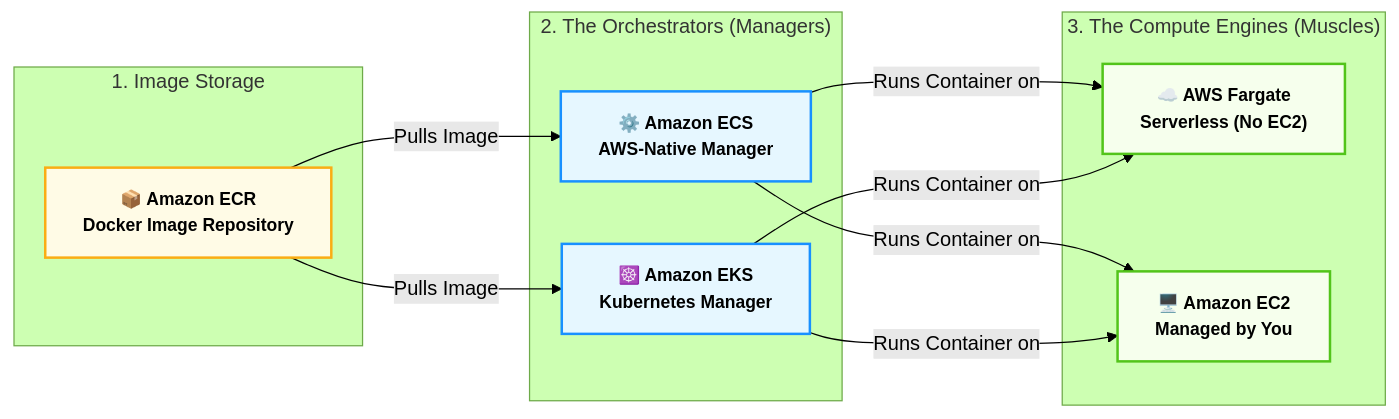
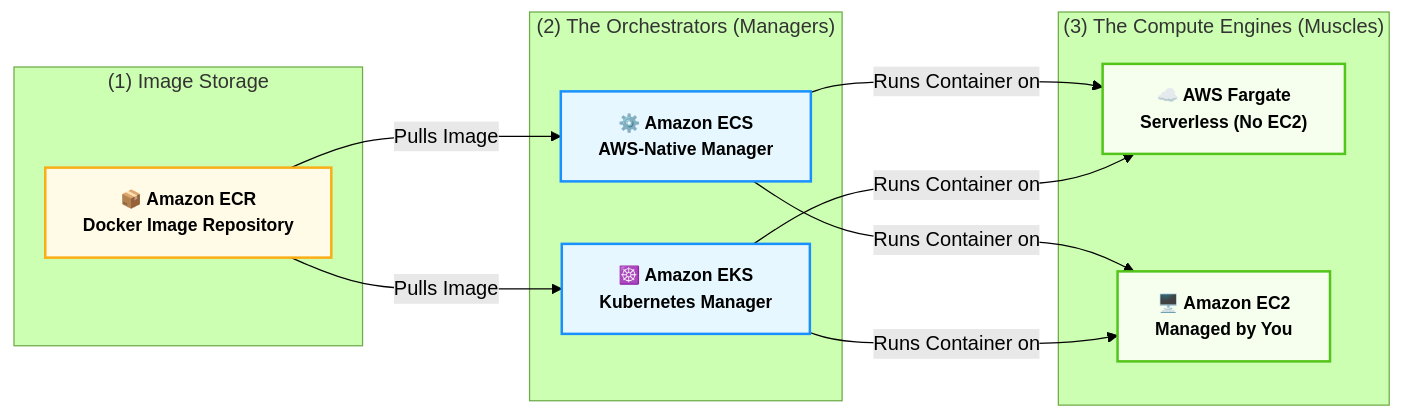
Before and after one commit to muhammad-khaled-tech/My-Study-Notes: diagram 18 of 46 in Domain 3.md, drawn with Mermaid (forest theme). The commit also changed 2 other files, not shown here.

Commit message:
vault backup: 2026-06-04 15:58:06

````diff
--- a/Domain 3.md
+++ b/Domain 3.md
@@ -2020,37 +2020,38 @@
 ```mermaid
 flowchart LR
-    %% Global Styling
-    classDef default font-weight:bold,font-size:14px,stroke-width:2px;
-    classDef registry fill:#fffbe6,stroke:#faad14,color:#000;
-    classDef orch fill:#e6f7ff,stroke:#1890ff,color:#000;
-    classDef compute fill:#f6ffed,stroke:#52c41a,color:#000;
 
-    subgraph Step1 ["1. Image Storage"]
-        ECR["📦 Amazon ECR<br/>Docker Image Repository"]
-    end
+%% Global Styling
+classDef default font-weight:bold,font-size:14px,stroke-width:2px;
+classDef registry fill:#fffbe6,stroke:#faad14,color:#000;
+classDef orch fill:#e6f7ff,stroke:#1890ff,color:#000;
+classDef compute fill:#f6ffed,stroke:#52c41a,color:#000;
 
-    subgraph Step2 ["2. The Orchestrators (Managers)"]
-        ECS["⚙️ Amazon ECS<br/>AWS-Native Manager"]
-        EKS["☸️ Amazon EKS<br/>Kubernetes Manager"]
-    end
+subgraph Step1 ["(1) Image Storage"]
+    ECR["📦 Amazon ECR<br>Docker Image Repository"]
+end
 
-    subgraph Step3 ["3. The Compute Engines (Muscles)"]
-        Fargate["☁️ AWS Fargate<br/>Serverless (No EC2)"]
-        EC2["🖥️ Amazon EC2<br/>Managed by You"]
-    end
+subgraph Step2 ["(2) The Orchestrators (Managers)"]
+    ECS["⚙️ Amazon ECS<br>AWS-Native Manager"]
+    EKS["☸️ Amazon EKS<br>Kubernetes Manager"]
+end
 
-    %% Connections strictly outside subgraphs with protected text
-    ECR -->|"Pulls Image"| ECS
-    ECR -->|"Pulls Image"| EKS
-    
-    ECS -->|"Runs Container on"| Fargate
-    ECS -->|"Runs Container on"| EC2
-    
-    EKS -->|"Runs Container on"| Fargate
-    EKS -->|"Runs Container on"| EC2
+subgraph Step3 ["(3) The Compute Engines (Muscles)"]
+    Fargate["☁️ AWS Fargate<br>Serverless (No EC2)"]
+    EC2["🖥️ Amazon EC2<br>Managed by You"]
+end
 
-    %% Apply Classes
-    class ECR registry;
-    class ECS,EKS orch;
-    class Fargate,EC2 compute;
+%% Connections strictly outside subgraphs with protected text
+ECR -->|"Pulls Image"| ECS
+ECR -->|"Pulls Image"| EKS
+
+ECS -->|"Runs Container on"| Fargate
+ECS -->|"Runs Container on"| EC2
+
+EKS -->|"Runs Container on"| Fargate
+EKS -->|"Runs Container on"| EC2
+
+%% Apply Classes
+class ECR registry;
+class ECS,EKS orch;
+class Fargate,EC2 compute;
 ```
````
